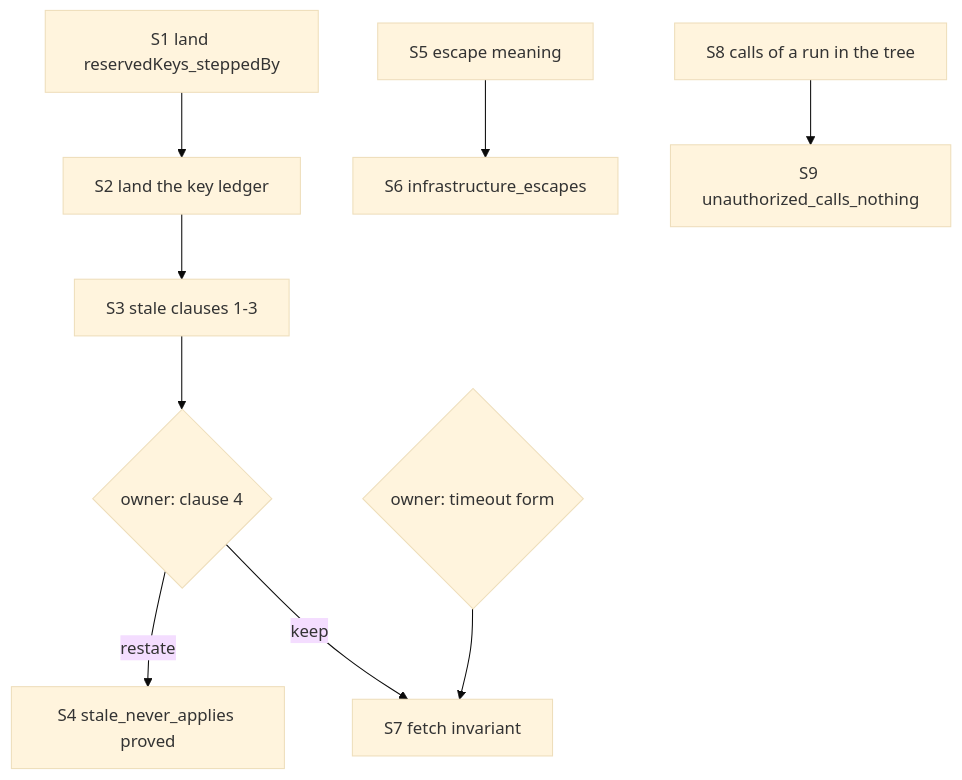
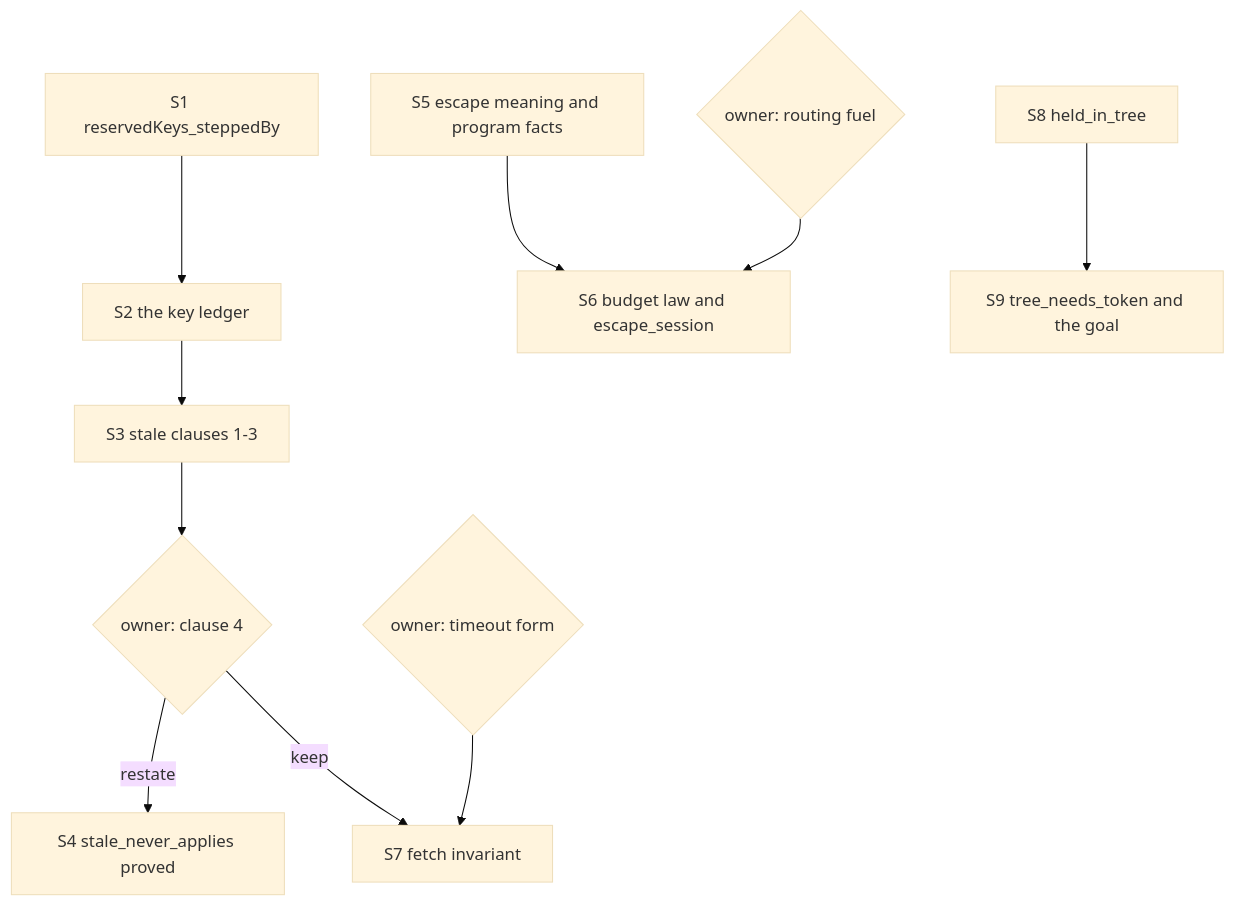
The diagram in docs/research/2026-10-10-goals-packet/host-protocol/README.md (pure-algebra/lean4-effect4), drawn with Mermaid (base theme) before and after one commit. The commit also changed other lines of this file and 4 other files, not shown here.

First line of the commit message:
probe host-protocol: the plan; tree controls; a free reply body in fetch

````diff
--- a/docs/research/2026-10-10-goals-packet/host-protocol/README.md
+++ b/docs/research/2026-10-10-goals-packet/host-protocol/README.md
@@ -249,11 +277,12 @@
 ```mermaid
 flowchart TD
-  A[S1 land reservedKeys_steppedBy] --> B[S2 land the key ledger]
-  B --> C[S3 stale clauses 1-3]
-  C --> D{owner: clause 4}
-  D -->|restate| E[S4 stale_never_applies proved]
-  D -->|keep| F[S7 fetch invariant]
-  G{owner: timeout form} --> F
-  H[S5 escape meaning] --> I[S6 infrastructure_escapes]
-  J[S8 calls of a run in the tree] --> K[S9 unauthorized_calls_nothing]
+  S1[S1 reservedKeys_steppedBy] --> S2[S2 the key ledger]
+  S2 --> S3[S3 stale clauses 1-3]
+  S3 --> O1{owner: clause 4}
+  O1 -->|restate| S4[S4 stale_never_applies proved]
+  O1 -->|keep| S7[S7 fetch invariant]
+  O2{owner: timeout form} --> S7
+  S5[S5 escape meaning and program facts] --> S6[S6 budget law and escape_session]
+  O3{owner: routing fuel} --> S6
+  S8[S8 held_in_tree] --> S9[S9 tree_needs_token and the goal]
 ```
````
